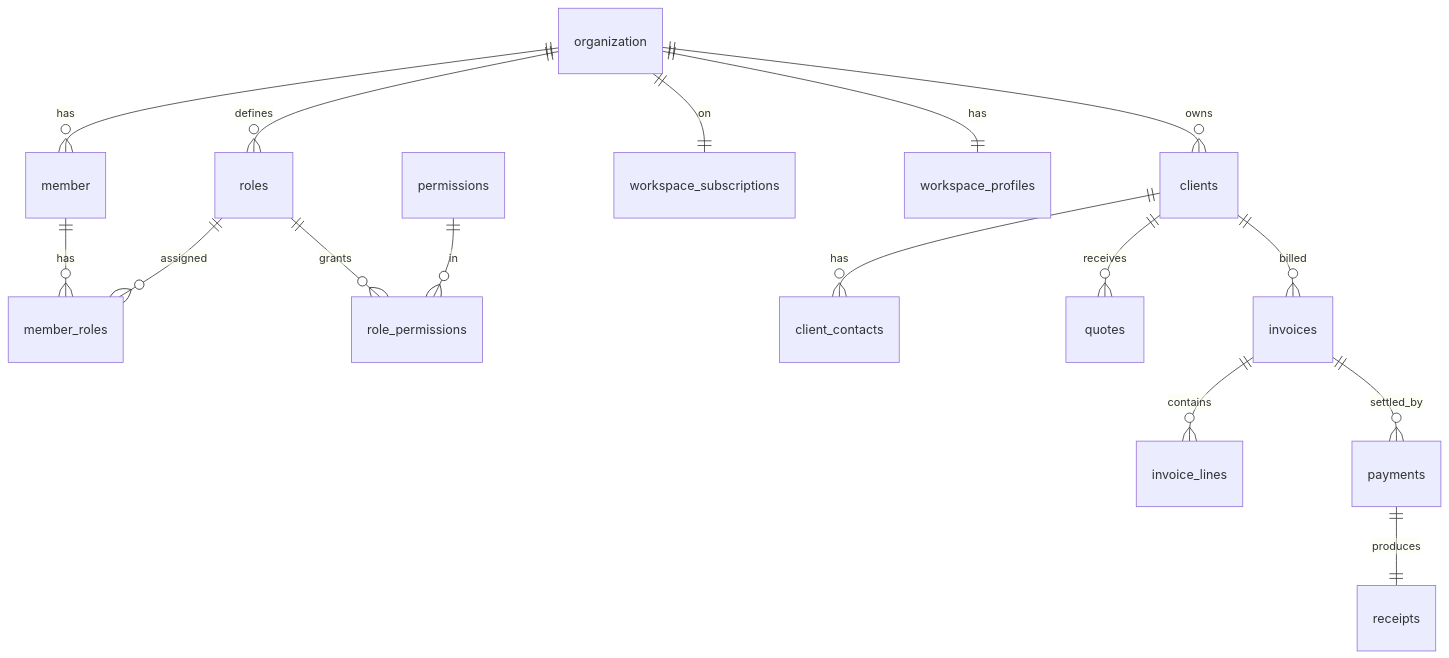
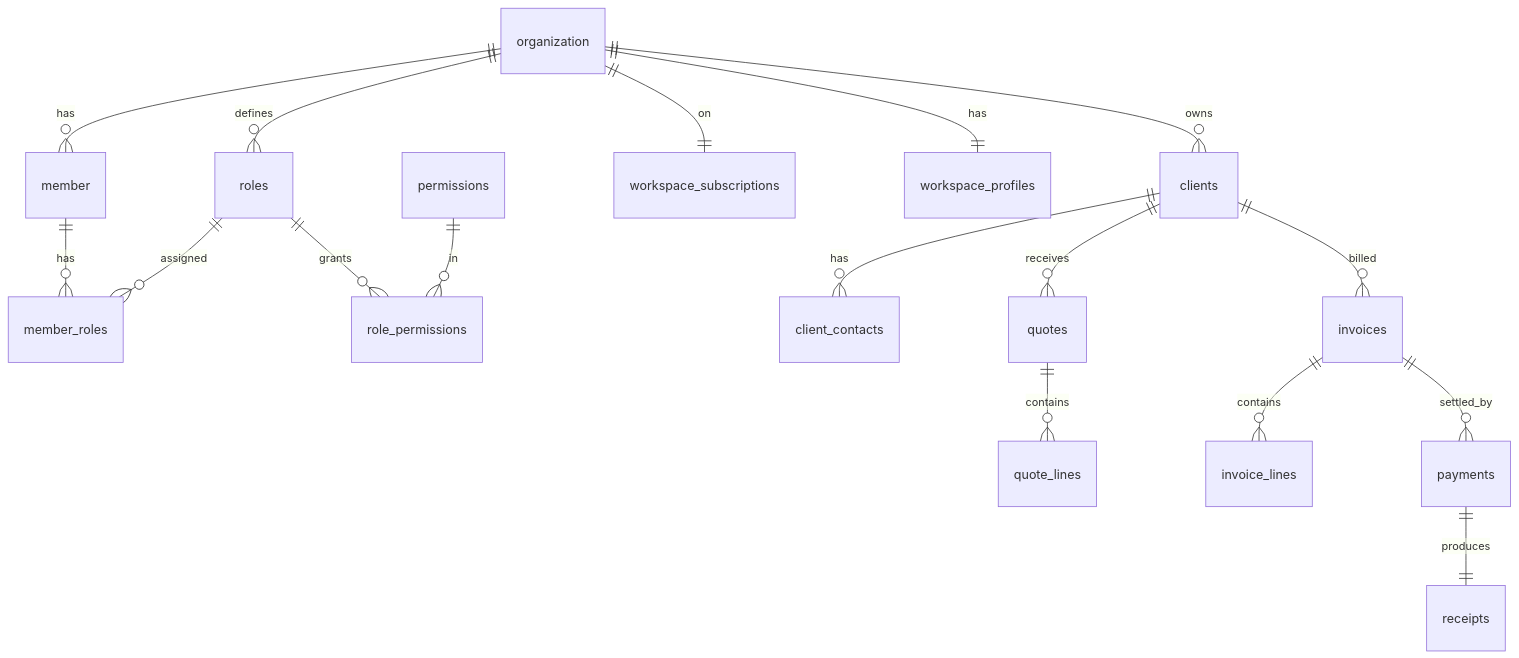
The diagram in docs/architecture/data-model.md (mixin27/billleaf), drawn with Mermaid before and after one commit. The commit also changed other lines of this file and 43 other files, not shown here.

````diff
--- a/docs/architecture/data-model.md
+++ b/docs/architecture/data-model.md
@@ -67,18 +76,19 @@
 ```mermaid
 erDiagram
   organization ||--o{ member : has
   member ||--o{ member_roles : has
   roles ||--o{ member_roles : assigned
   roles ||--o{ role_permissions : grants
   permissions ||--o{ role_permissions : in
   organization ||--o{ roles : defines
   organization ||--|| workspace_subscriptions : on
   organization ||--|| workspace_profiles : has
   organization ||--o{ clients : owns
   clients ||--o{ client_contacts : has
   clients ||--o{ quotes : receives
+  quotes ||--o{ quote_lines : contains
   clients ||--o{ invoices : billed
   invoices ||--o{ invoice_lines : contains
   invoices ||--o{ payments : settled_by
   payments ||--|| receipts : produces
 ```
````
